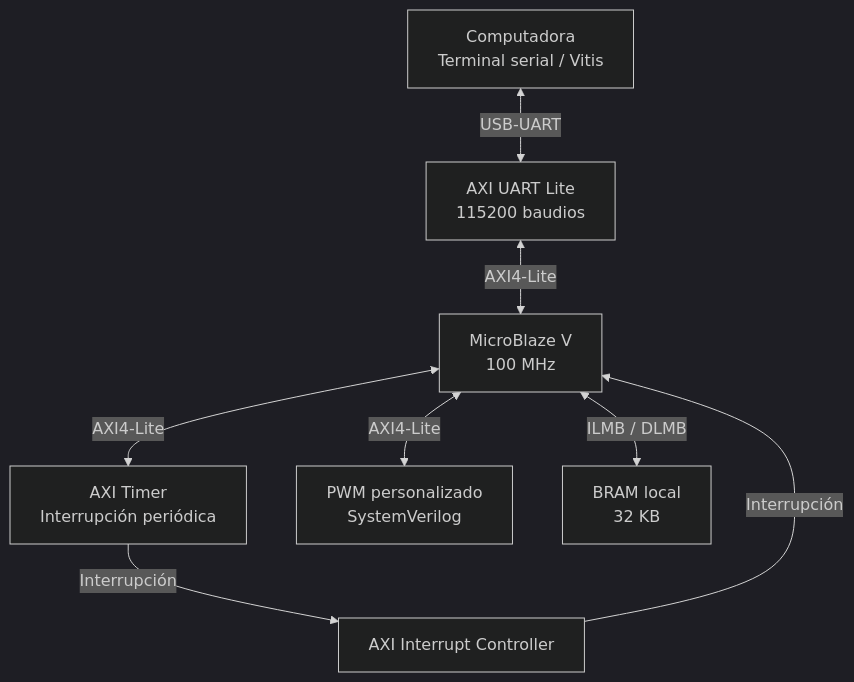
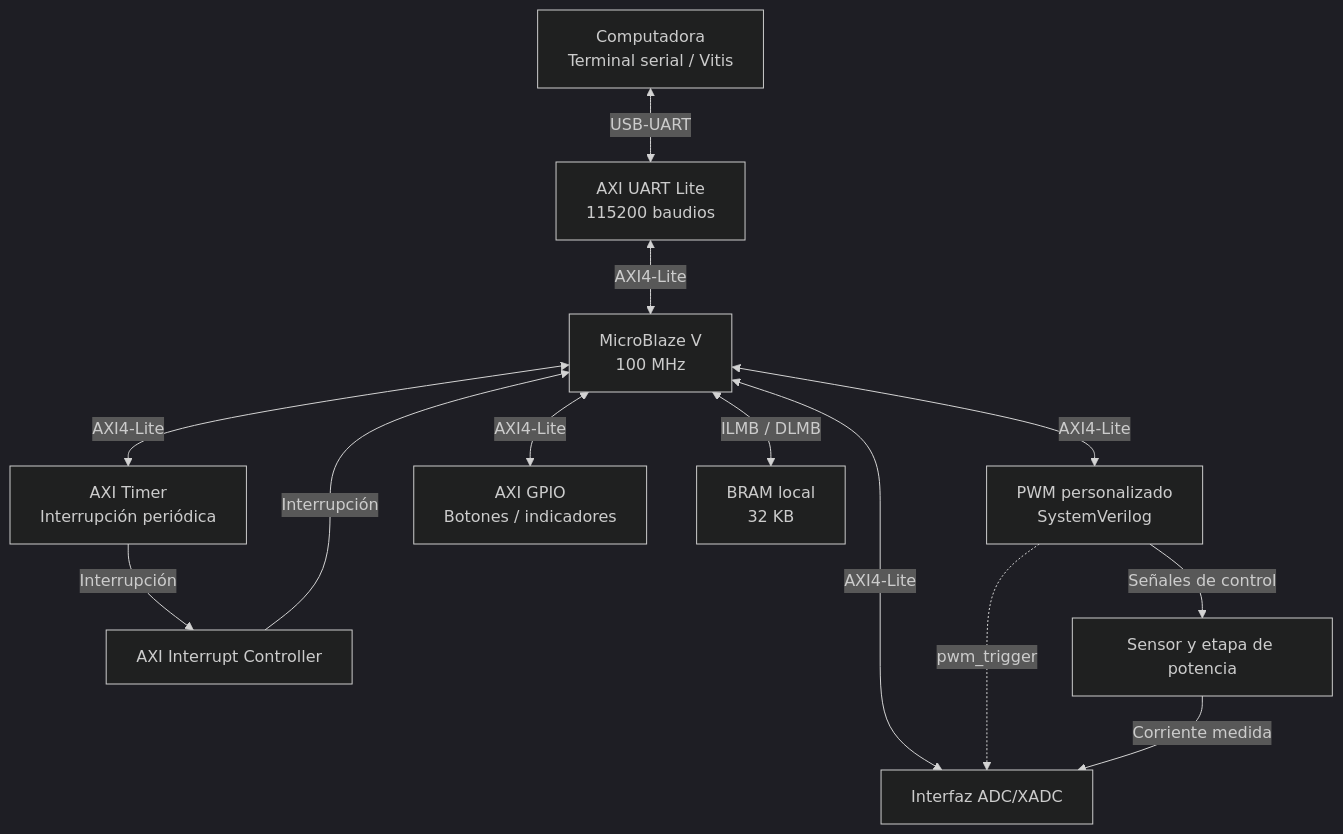
Before and after one commit to ee-herrerar/EL3313-Proyecto-4: the first of 4 diagrams in docs/diseno/diseno.md, drawn with Mermaid (dark theme). The commit also changed other lines of this file, not shown here.

````diff
--- a/docs/diseno/diseno.md
+++ b/docs/diseno/diseno.md
@@ -127,18 +100,26 @@
 ```mermaid
 flowchart TD
     PC["Computadora<br/>Terminal serial / Vitis"]
     UART["AXI UART Lite<br/>115200 baudios"]
     CPU["MicroBlaze V<br/>100 MHz"]
     TIMER["AXI Timer<br/>Interrupción periódica"]
     INTC["AXI Interrupt Controller"]
     PWM["PWM personalizado<br/>SystemVerilog"]
+    ADC["Interfaz ADC/XADC"]
+    GPIO["AXI GPIO<br/>Botones / indicadores"]
     BRAM["BRAM local<br/>32 KB"]
+    POWER["Sensor y etapa de potencia"]
 
     PC <-->|USB-UART| UART
     UART <-->|AXI4-Lite| CPU
     CPU <-->|ILMB / DLMB| BRAM
     CPU <-->|AXI4-Lite| TIMER
+    CPU <-->|AXI4-Lite| PWM
+    CPU <-->|AXI4-Lite| ADC
+    CPU <-->|AXI4-Lite| GPIO
     TIMER -->|Interrupción| INTC
     INTC -->|Interrupción| CPU
-    CPU <-->|AXI4-Lite| PWM
+    PWM -.->|pwm_trigger| ADC
+    POWER -->|Corriente medida| ADC
+    PWM -->|Señales de control| POWER
 ```
````
